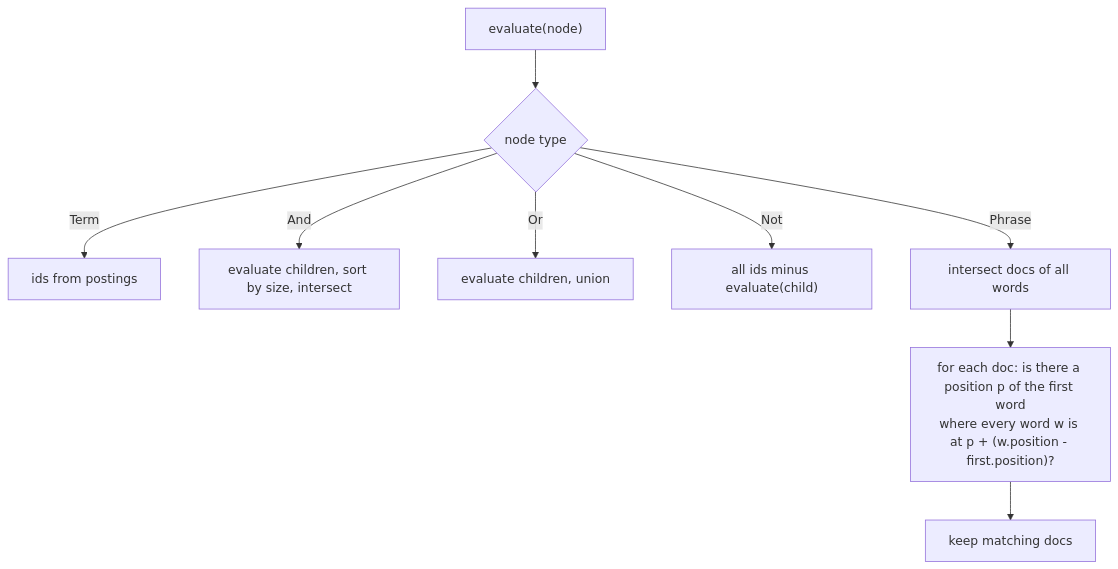
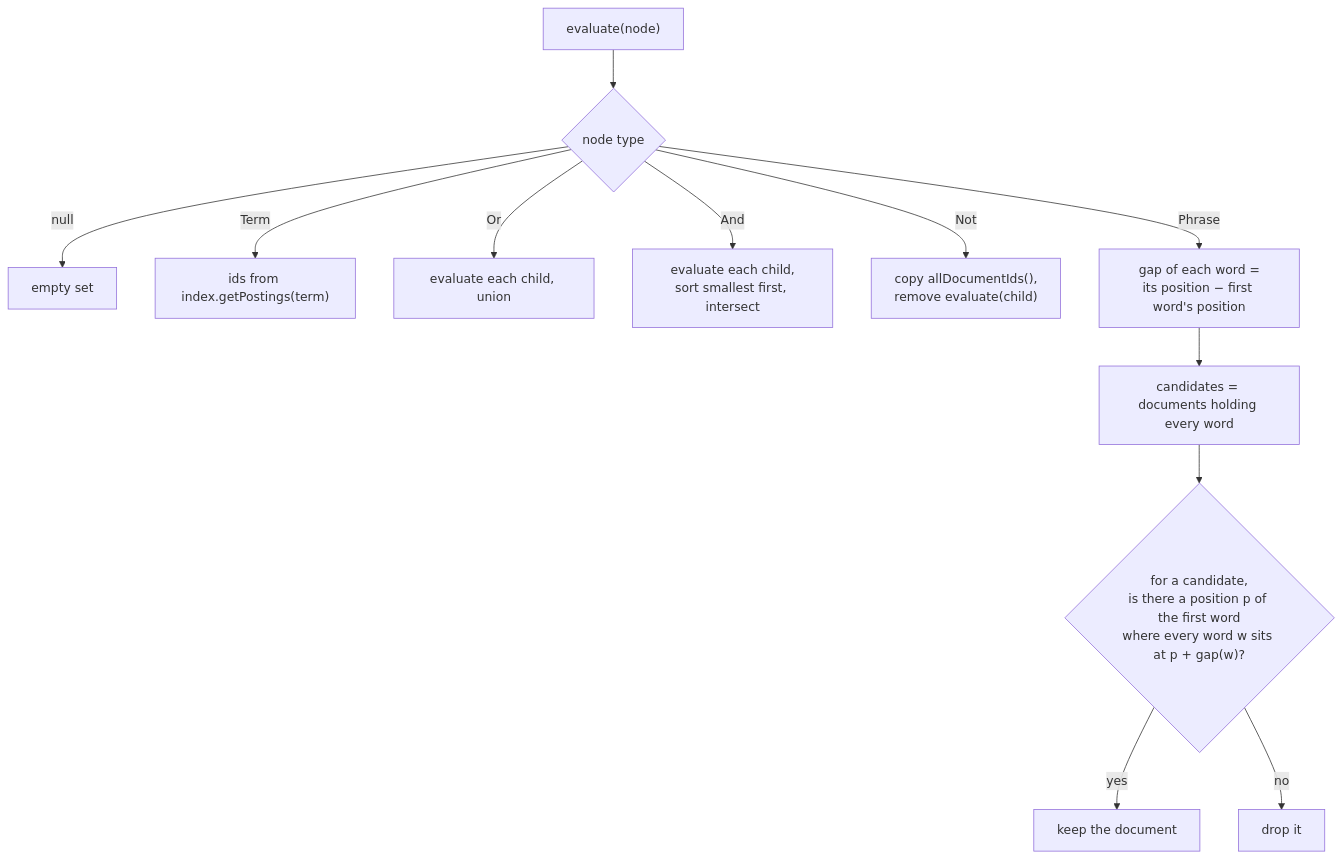
One commit to Princedave101/Search-Engine-Backend- changed diagram 16 of 20 in task.md. Above: the diagram before and after it, drawn with Mermaid. The commit also changed other lines of this file and 1 other file, not shown here.

First line of the commit message:
T8: MatchingEngine evaluates the query tree

````diff
--- a/task.md
+++ b/task.md
@@ -1199,11 +1292,14 @@
 ```mermaid
 flowchart TD
     A["evaluate(node)"] --> B{"node type"}
-    B -- Term --> C["ids from postings"]
-    B -- And --> D["evaluate children, sort by size, intersect"]
-    B -- Or --> E["evaluate children, union"]
-    B -- Not --> F["all ids minus evaluate(child)"]
-    B -- Phrase --> G["intersect docs of all words"]
-    G --> H["for each doc: is there a position p of the first word<br/>where every word w is at p + (w.position - first.position)?"]
-    H --> I["keep matching docs"]
+    B -- null --> Z["empty set"]
+    B -- Term --> C["ids from index.getPostings(term)"]
+    B -- Or --> E["evaluate each child, union"]
+    B -- And --> D["evaluate each child,<br/>sort smallest first, intersect"]
+    B -- Not --> F["copy allDocumentIds(),<br/>remove evaluate(child)"]
+    B -- Phrase --> G["gap of each word =<br/>its position − first word's position"]
+    G --> H["candidates = documents holding every word"]
+    H --> I{"for a candidate,<br/>is there a position p of the first word<br/>where every word w sits at p + gap(w)?"}
+    I -- yes --> J["keep the document"]
+    I -- no --> K["drop it"]
 ```
````
